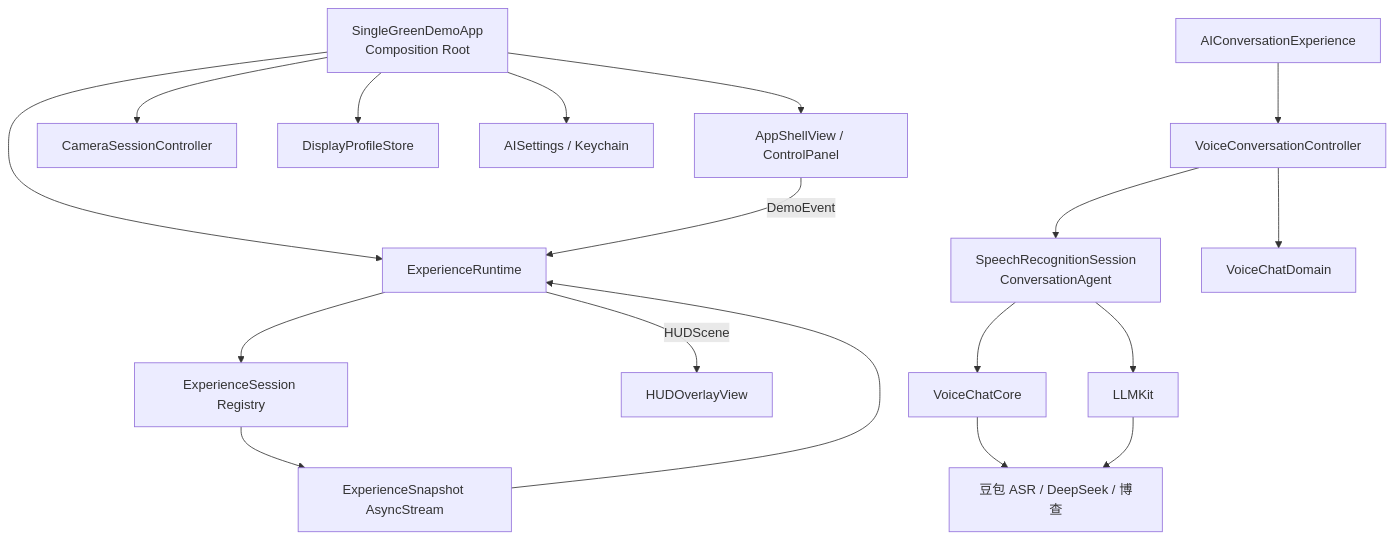
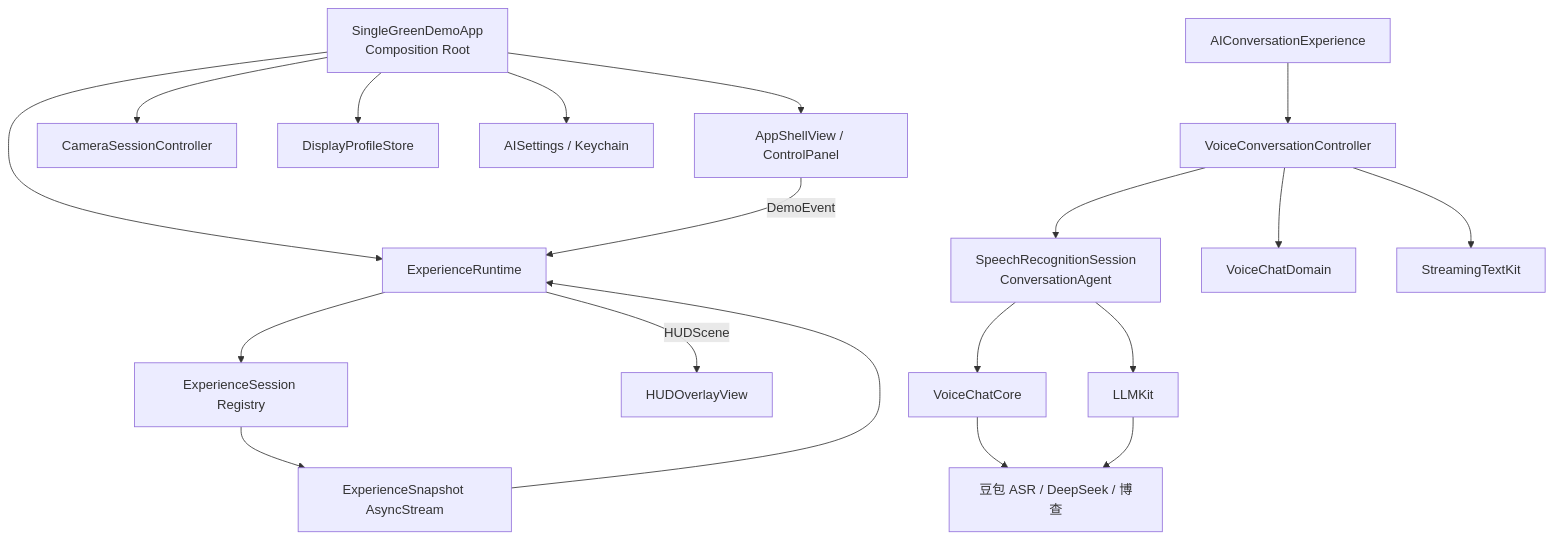
The diagram in docs/PROJECT_ARCHITECTURE_AND_UPGRADE_REPORT.md (lotwhoo/SingleGreenDemo), drawn with Mermaid before and after one commit. The commit also changed other lines of this file and 32 other files, not shown here.

````diff
--- a/docs/PROJECT_ARCHITECTURE_AND_UPGRADE_REPORT.md
+++ b/docs/PROJECT_ARCHITECTURE_AND_UPGRADE_REPORT.md
@@ -55,37 +55,39 @@
 ```mermaid
 flowchart TD
     App[SingleGreenDemoApp\nComposition Root]
     UI[AppShellView / ControlPanel]
     Camera[CameraSessionController]
     Profile[DisplayProfileStore]
     Settings[AISettings / Keychain]
     Runtime[ExperienceRuntime]
     Sessions[ExperienceSession Registry]
     Snapshot[ExperienceSnapshot AsyncStream]
     Renderer[HUDOverlayView]
     AIExp[AIConversationExperience]
     Controller[VoiceConversationController]
     Ports[SpeechRecognitionSession\nConversationAgent]
     Domain[VoiceChatDomain]
     ASR[VoiceChatCore]
     Agent[LLMKit]
+    Streaming[StreamingTextKit]
     Services[豆包 ASR / DeepSeek / 博查]
 
     App --> UI
     App --> Camera
     App --> Profile
     App --> Settings
     App --> Runtime
     Runtime --> Sessions
     UI -->|DemoEvent| Runtime
     Sessions --> Snapshot
     Snapshot --> Runtime
     Runtime -->|HUDScene| Renderer
     AIExp --> Controller
     Controller --> Domain
     Controller --> Ports
+    Controller --> Streaming
     Ports --> ASR
     Ports --> Agent
     ASR --> Services
     Agent --> Services
 ```
````
